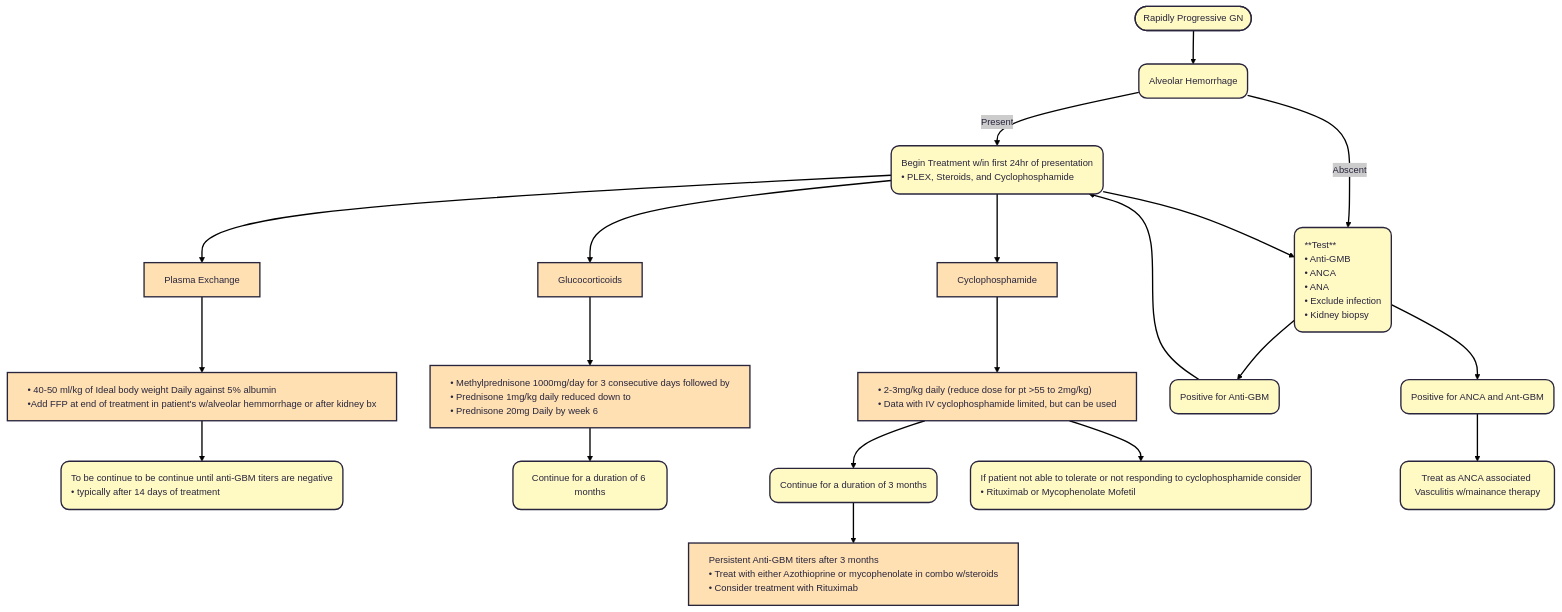
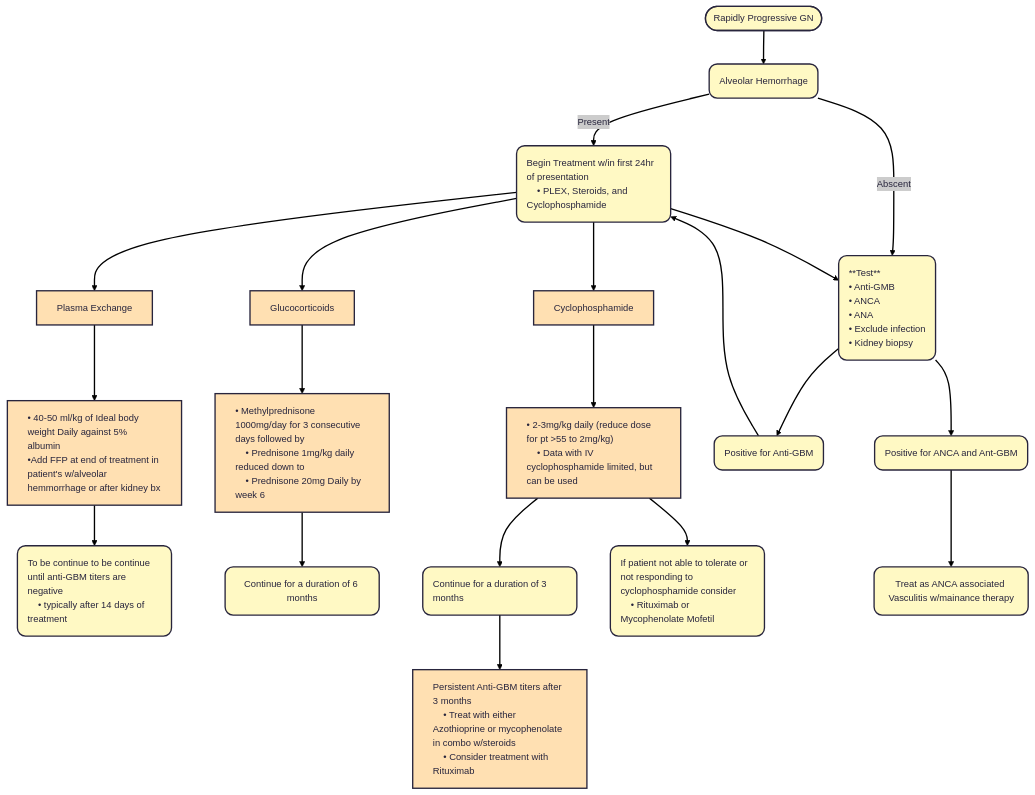
Before and after one commit to TTUNEPH2025/GN: the diagram in docs/Anti-GBM.md, drawn with Mermaid.

````diff
--- a/docs/Anti-GBM.md
+++ b/docs/Anti-GBM.md
@@ -37,63 +37,63 @@
 ```mermaid
 ---
 config:
   theme: redux
 ---
 flowchart TD
     A(["Rapidly Progressive GN"]) --> n2["Alveolar Hemorrhage"]
     n2 -- Present --> n3["Begin Treatment w/in first 24hr of presentation
     • PLEX, Steroids, and Cyclophosphamide"]
     n2 -- Abscent --> n4["**Test**
     • Anti-GMB 
     • ANCA
     • ANA
     • Exclude infection
     • Kidney biopsy"]
     n3 --> n5["Plasma Exchange"] & n6["Glucocorticoids"] & n7["Cyclophosphamide"] & n4
     n5 --> n8@{ label: "• 40-50 ml/kg of Ideal body weight Daily against 5% albumin\n    •Add FFP at end of treatment in patient's w/alveolar hemmorrhage or after kidney bx" }
     n6 --> n9["• Methylprednisone 1000mg/day for 3 consecutive days followed by
     • Prednisone 1mg/kg daily reduced down to
     • Prednisone 20mg Daily by week 6"]
     n7 --> n10["• 2-3mg/kg daily (reduce dose for pt >55 to 2mg/kg)
     • Data with IV cyclophosphamide limited, but can be used"]
     n8 --> n11["To be continue to be continue until anti-GBM titers are negative
     • typically after 14 days of treatment"]
     n9 --> n12["Continue for a duration of 6 months"]
     n10 --> n13["Continue for a duration of 3 months"] & n14["If patient not able to tolerate or not responding to cyclophosphamide consider
     • Rituximab or Mycophenolate Mofetil"]
     n13 --> n15["Persistent Anti-GBM titers after 3 months
     • Treat with either Azothioprine or mycophenolate in combo w/steroids
     • Consider treatment with Rituximab"]
     n4 --> n16["Positive for Anti-GBM"] & n17["Positive for ANCA and Ant-GBM"]
     n16 --> n3
     n17 --> n18["Treat as ANCA associated Vasculitis w/mainance therapy"]
     n2@{ shape: rounded}
     n3@{ shape: rounded}
     n4@{ shape: rounded}
     n8@{ shape: rect}
     n11@{ shape: rounded}
     n12@{ shape: rounded}
     n13@{ shape: rounded}
     n14@{ shape: rounded}
     n16@{ shape: rounded}
     n17@{ shape: rounded}
     n18@{ shape: rounded}
     style A fill:#FFF9C4
     style n2 fill:#FFF9C4
-    style n3 fill:#FFF9C4,text-align:left,white-space:nowrap
-    style n4 fill:#FFF9C4,text-align:left,white-space:nowrap
+    style n3 fill:#FFF9C4,text-align:left
+    style n4 fill:#FFF9C4,text-align:left
     style n5 fill:#FFE0B2
     style n6 fill:#FFE0B2
     style n7 fill:#FFE0B2
-    style n8 fill:#FFE0B2,text-align:left,white-space:nowrap
-    style n9 fill:#FFE0B2,text-align:left,white-space:nowrap
-    style n10 fill:#FFE0B2,text-align:left,white-space:nowrap
-    style n11 fill:#FFF9C4,text-align:left,white-space:nowrap
+    style n8 fill:#FFE0B2,text-align:left
+    style n9 fill:#FFE0B2,text-align:left
+    style n10 fill:#FFE0B2,text-align:left
+    style n11 fill:#FFF9C4,text-align:left
     style n12 fill:#FFF9C4
-    style n13 fill:#FFF9C4,text-align:left,white-space:nowrap
-    style n14 fill:#FFF9C4,text-align:left,white-space:nowrap
-    style n15 fill:#FFE0B2,text-align:left,white-space:nowrap
+    style n13 fill:#FFF9C4,text-align:left
+    style n14 fill:#FFF9C4,text-align:left
+    style n15 fill:#FFE0B2,text-align:left
     style n16 fill:#FFF9C4
     style n17 fill:#FFF9C4
     style n18 fill:#FFF9C4
 ```
````
